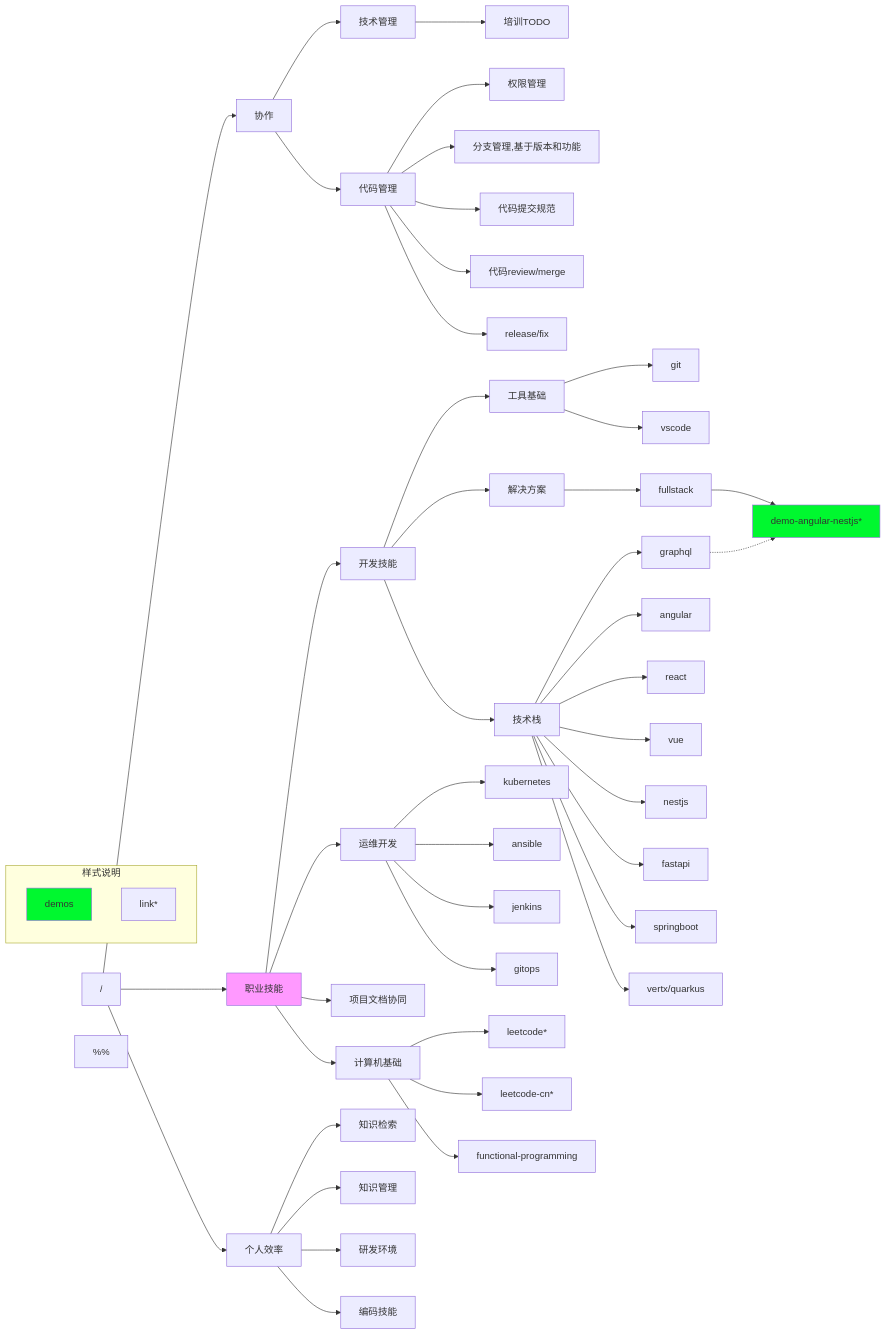
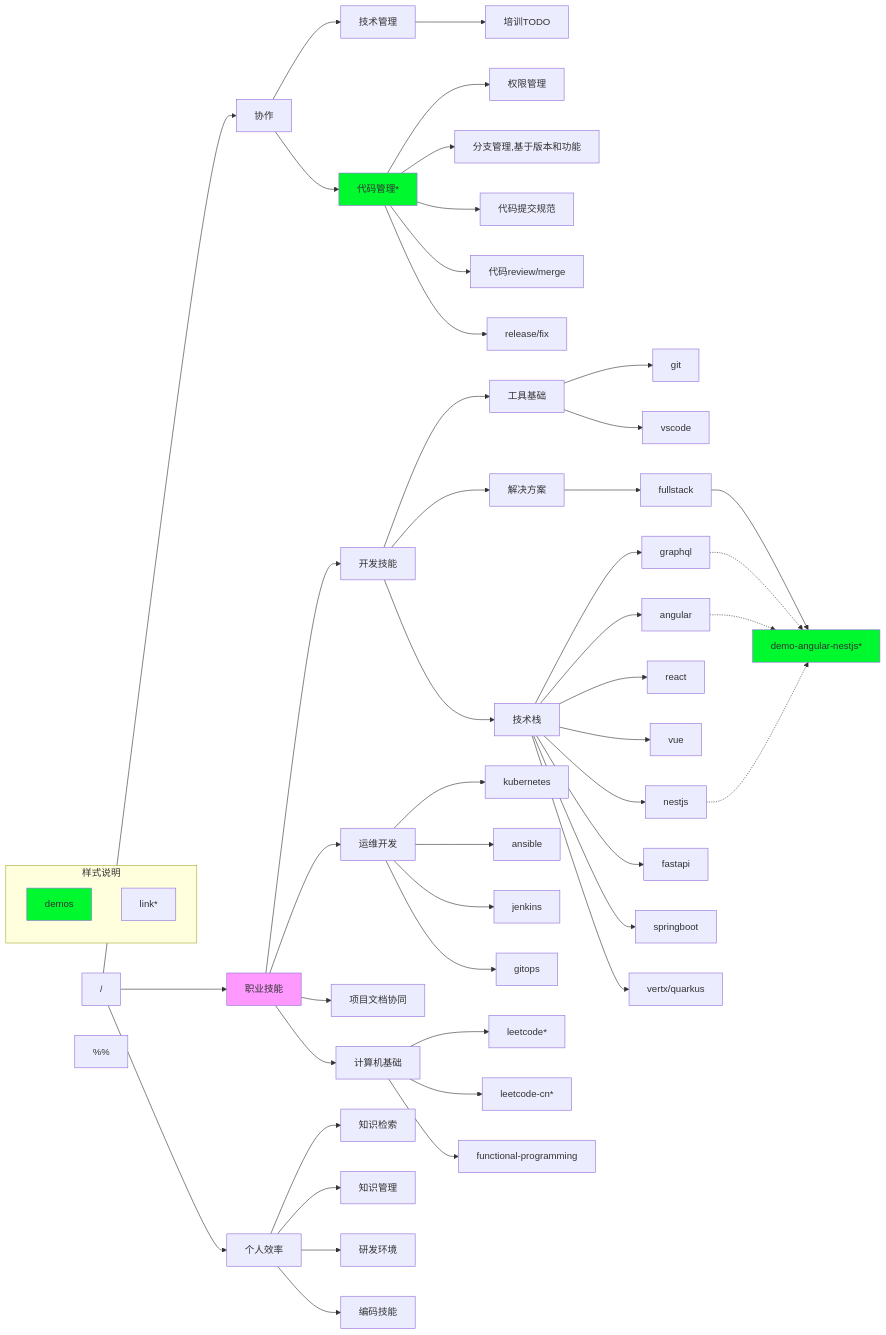
Before and after one commit to lovepocky-home/skills: the diagram in README.md, drawn with Mermaid. The commit also changed other lines of this file, not shown here.

```diff
--- a/README.md
+++ b/README.md
@@ -60,9 +60,11 @@
   techstack --> vertx/quarkus
 
   graphql -.-> demo-angular-nestjs
+  angular -.-> demo-angular-nestjs
+  nestjs -.-> demo-angular-nestjs
 
   coo --> techmana[技术管理]
-  coo --> srcmana[代码管理] 
+  coo --> srcmana[代码管理*]:::demo
 
   techmana --> 培训TODO
 
```
